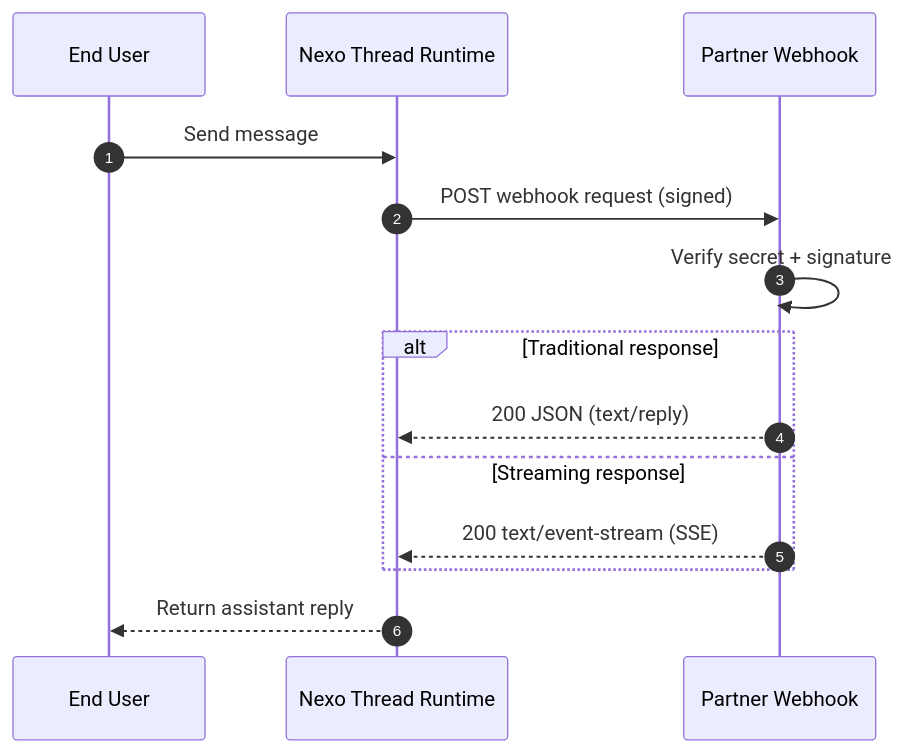
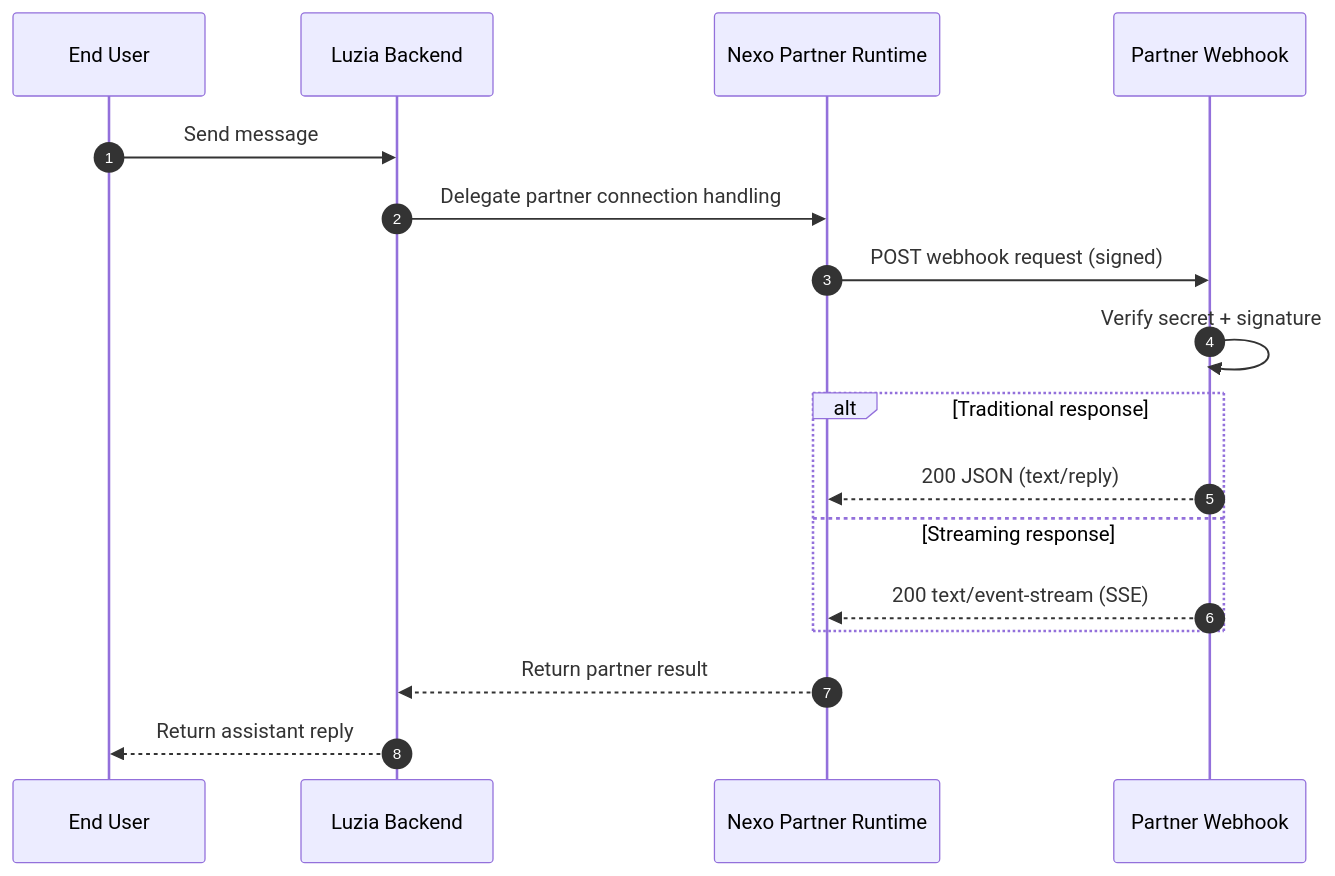
The diagram in README.md (The-Wordlab/luzia-nexo-api), drawn with Mermaid before and after one commit. The commit also changed other lines of this file and 1 other file, not shown here.

Commit message:
docs: update webhook diagram to show Luzia->Nexo delegation

````diff
--- a/README.md
+++ b/README.md
@@ -18,17 +18,20 @@
 ```mermaid
 sequenceDiagram
     autonumber
     participant User as End User
-    participant Nexo as Nexo Thread Runtime
+    participant Luzia as Luzia Backend
+    participant Nexo as Nexo Partner Runtime
     participant Partner as Partner Webhook
 
-    User->>Nexo: Send message
+    User->>Luzia: Send message
+    Luzia->>Nexo: Delegate partner connection handling
     Nexo->>Partner: POST webhook request (signed)
     Partner->>Partner: Verify secret + signature
     alt Traditional response
         Partner-->>Nexo: 200 JSON (text/reply)
     else Streaming response
         Partner-->>Nexo: 200 text/event-stream (SSE)
     end
-    Nexo-->>User: Return assistant reply
+    Nexo-->>Luzia: Return partner result
+    Luzia-->>User: Return assistant reply
 ```
````
